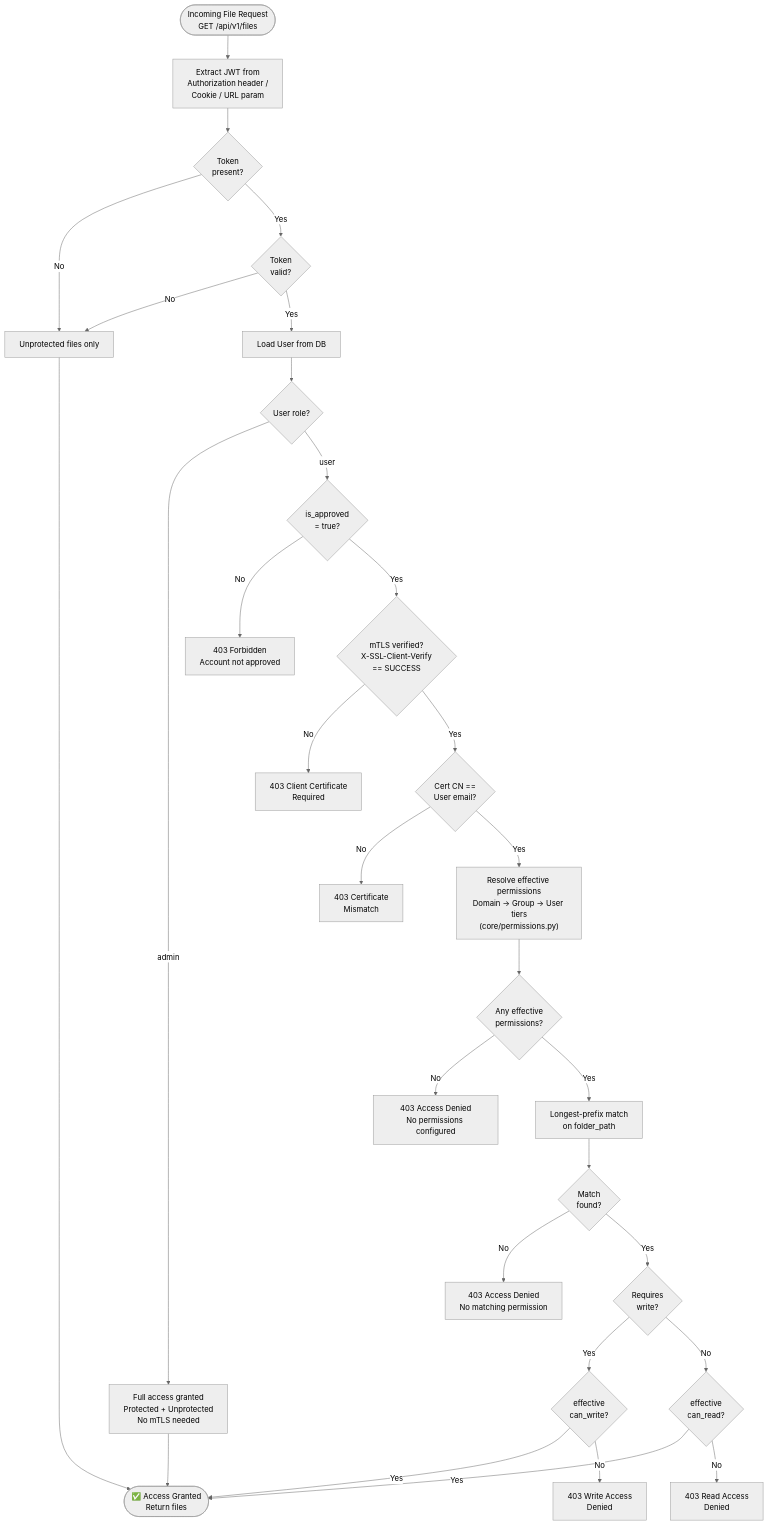
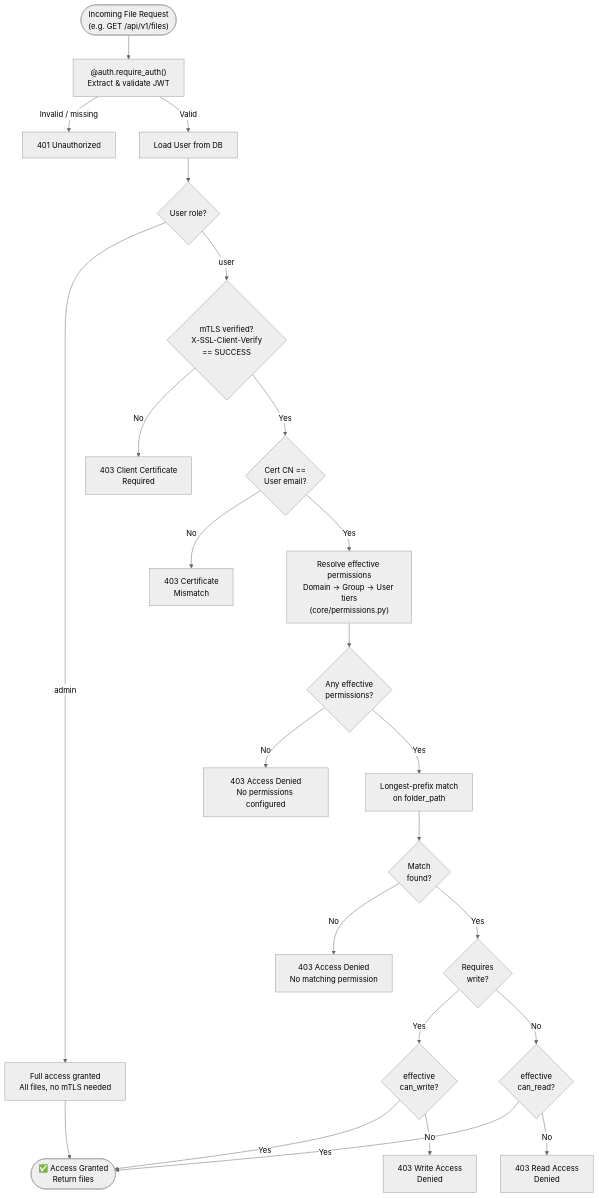
One commit to andreas-04/thumbs-up changed the sixth of 8 diagrams in docs/diagrams.md. Above: the diagram before and after it, drawn with Mermaid (neutral theme). The commit also changed other lines of this file, not shown here.

Commit message:
Remove protected/unprotected file distinction from diagrams
All files now live under a single files/ directory with ACL-based
access control. Updated:
- Diagram 1: Single files/ storage instead of protected/unprotected
- Diagram 3: Generic File Access capability, no protected distinction
- Diagram 6: All endpoints require auth, removed public access path
- Diagram 8: Updated is_approved description, mode marked as legacy

Agent-Logs-Url: https://github.com/andreas-04/thumbs-up/sessions/133eb0be-2f94-4115-a324-615786e281b3

````diff
--- a/docs/diagrams.md
+++ b/docs/diagrams.md
@@ -311,73 +308,61 @@
 ```mermaid
 flowchart TD
-    Start(["Incoming File Request<br/>GET /api/v1/files"])
-    ExtractToken["Extract JWT from<br/>Authorization header /<br/>Cookie / URL param"]
-    HasToken{Token<br/>present?}
-    ValidToken{Token<br/>valid?}
+    Start(["Incoming File Request<br/>(e.g. GET /api/v1/files)"])
+    AuthCheck["@auth.require_auth()<br/>Extract & validate JWT"]
+    AuthFail["401 Unauthorized"]
     GetUser["Load User from DB"]
     CheckRole{User role?}
 
     %% Admin path
-    AdminAccess["Full access granted<br/>Protected + Unprotected<br/>No mTLS needed"]
+    AdminAccess["Full access granted<br/>All files, no mTLS needed"]
 
     %% User path
-    CheckApproved{is_approved<br/>= true?}
-    DenyUnapproved["403 Forbidden<br/>Account not approved"]
     CheckmTLS{mTLS verified?<br/>X-SSL-Client-Verify<br/>== SUCCESS}
     DenyCert["403 Client Certificate<br/>Required"]
     CheckCN{Cert CN ==<br/>User email?}
     DenyMismatch["403 Certificate<br/>Mismatch"]
 
     %% Layered ACL check
     ResolvePerms["Resolve effective permissions<br/>Domain → Group → User tiers<br/>(core/permissions.py)"]
     HasPerms{Any effective<br/>permissions?}
     DenyNoPerms["403 Access Denied<br/>No permissions configured"]
     FindMatch["Longest-prefix match<br/>on folder_path"]
     HasMatch{Match<br/>found?}
     DenyACL["403 Access Denied<br/>No matching permission"]
     CheckReadWrite{Requires<br/>write?}
     CheckWritePerm{effective<br/>can_write?}
     CheckReadPerm{effective<br/>can_read?}
     DenyWrite["403 Write Access<br/>Denied"]
     DenyRead["403 Read Access<br/>Denied"]
     GrantAccess(["✅ Access Granted<br/>Return files"])
 
-    %% Unauthenticated path
-    PublicAccess["Unprotected files only"]
-
-    Start --> ExtractToken --> HasToken
-    HasToken -->|No| PublicAccess
-    HasToken -->|Yes| ValidToken
-    ValidToken -->|No| PublicAccess
-    ValidToken -->|Yes| GetUser --> CheckRole
+    Start --> AuthCheck
+    AuthCheck -->|Invalid / missing| AuthFail
+    AuthCheck -->|Valid| GetUser --> CheckRole
 
     CheckRole -->|admin| AdminAccess
-    CheckRole -->|user| CheckApproved
-
-    CheckApproved -->|No| DenyUnapproved
-    CheckApproved -->|Yes| CheckmTLS
+    CheckRole -->|user| CheckmTLS
 
     CheckmTLS -->|No| DenyCert
     CheckmTLS -->|Yes| CheckCN
 
     CheckCN -->|No| DenyMismatch
     CheckCN -->|Yes| ResolvePerms
 
     ResolvePerms --> HasPerms
     HasPerms -->|No| DenyNoPerms
     HasPerms -->|Yes| FindMatch --> HasMatch
     HasMatch -->|No| DenyACL
     HasMatch -->|Yes| CheckReadWrite
 
     CheckReadWrite -->|Yes| CheckWritePerm
     CheckReadWrite -->|No| CheckReadPerm
 
     CheckWritePerm -->|Yes| GrantAccess
     CheckWritePerm -->|No| DenyWrite
 
     CheckReadPerm -->|Yes| GrantAccess
     CheckReadPerm -->|No| DenyRead
 
     AdminAccess --> GrantAccess
-    PublicAccess --> GrantAccess
 ```
````
